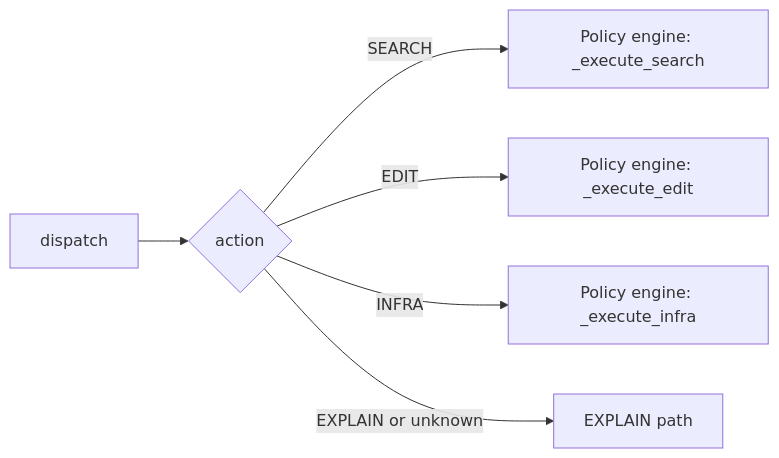
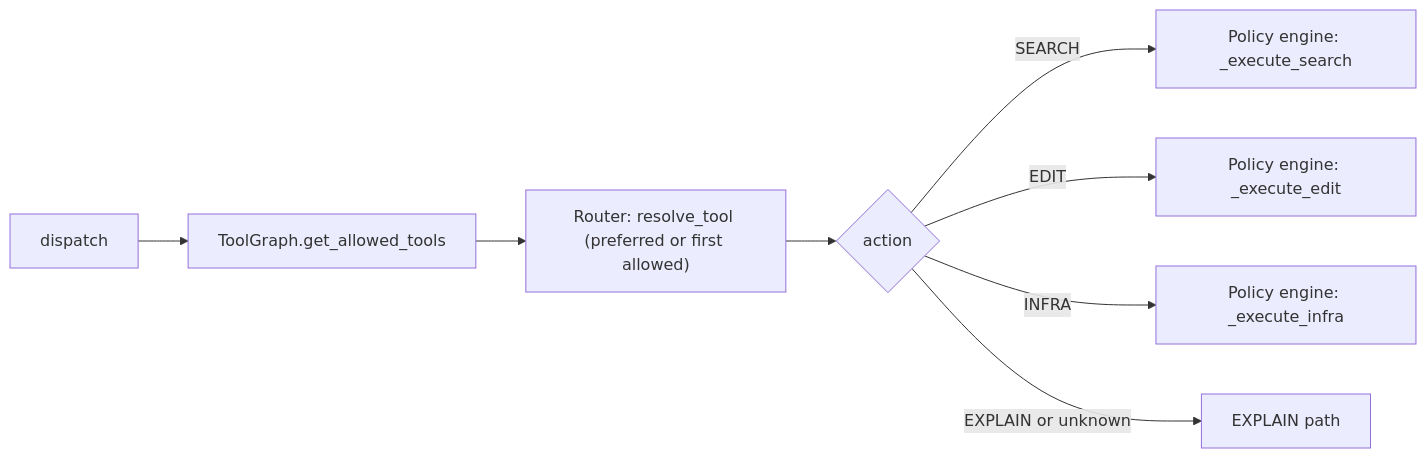
Before and after one commit to Pugsy-Explores/AutoStudio: the second of 9 diagrams in Docs/AGENT_LOOP_WORKFLOW.md, drawn with Mermaid. The commit also changed other lines of this file and 81 other files, not shown here.

````diff
--- a/Docs/AGENT_LOOP_WORKFLOW.md
+++ b/Docs/AGENT_LOOP_WORKFLOW.md
@@ -48,8 +65,10 @@
 ```mermaid
 flowchart LR
-    M["dispatch"] --> A{"action"}
+    M["dispatch"] --> T["ToolGraph.get_allowed_tools"]
+    T --> R["Router: resolve_tool (preferred or first allowed)"]
+    R --> A{"action"}
     A -->|SEARCH| S["Policy engine: _execute_search"]
     A -->|EDIT| E["Policy engine: _execute_edit"]
     A -->|INFRA| I["Policy engine: _execute_infra"]
     A -->|EXPLAIN or unknown| X["EXPLAIN path"]
 ```
````
